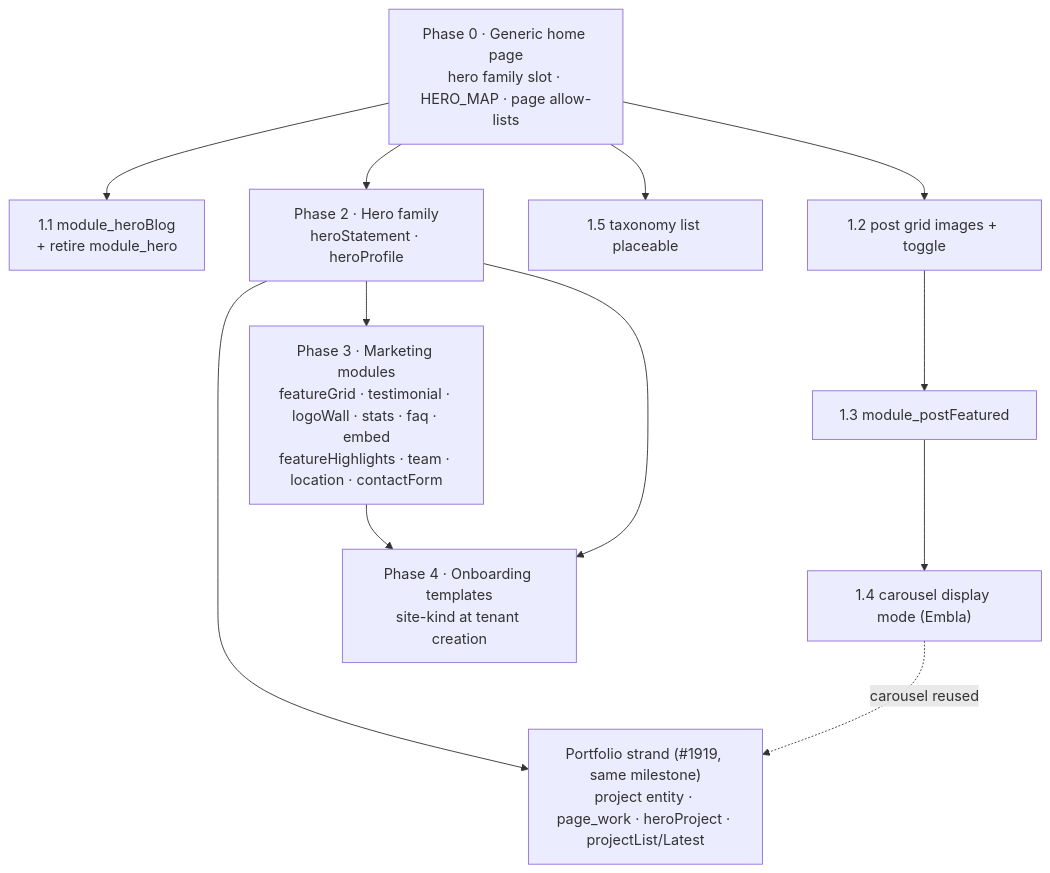
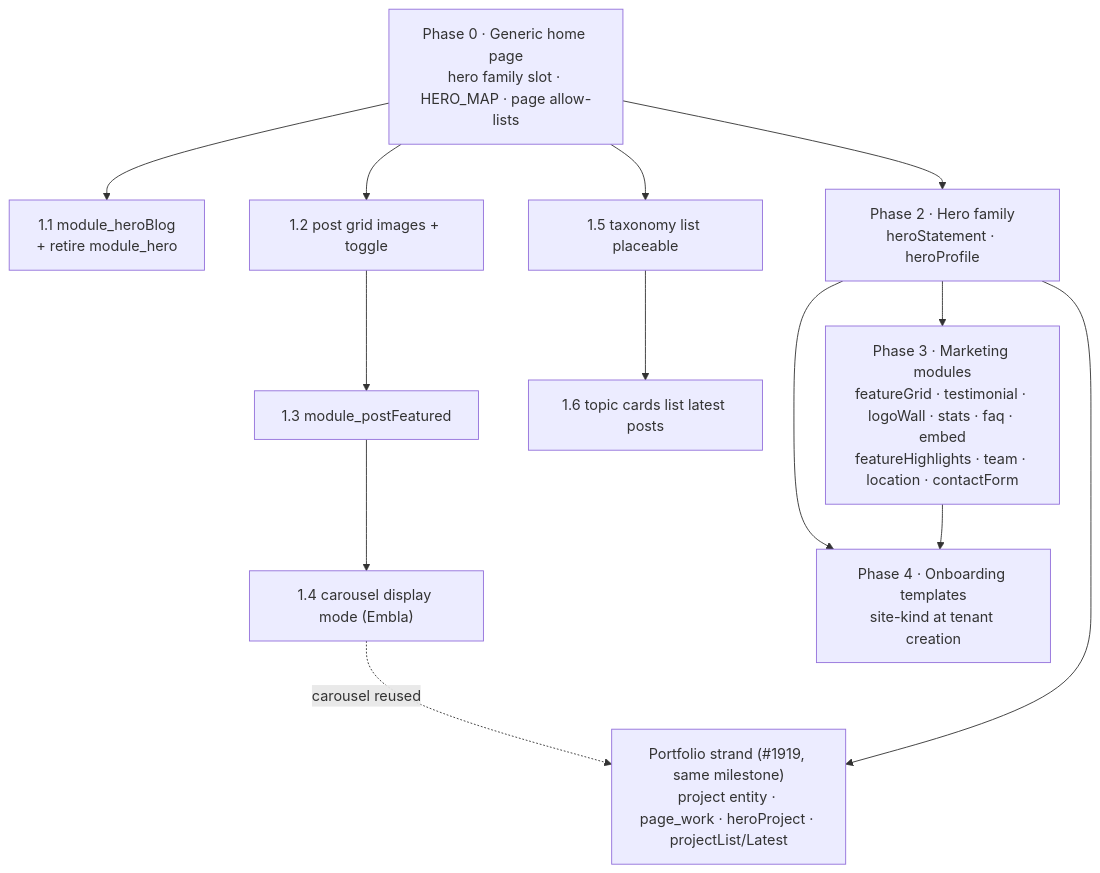
The third of 3 diagrams in docs/BACKLOG.md (ValOvinnikov/blog), drawn with Mermaid before and after one commit. The commit also changed other lines of this file and 1 other file, not shown here.

First line of the commit message:
docs(m9): split latest-post titles on topic cards into Phase 1.6 (#2891)

````diff
--- a/docs/BACKLOG.md
+++ b/docs/BACKLOG.md
@@ -783,20 +783,22 @@
 ```mermaid
 flowchart TD
   P0["Phase 0 · Generic home page<br/>hero family slot · HERO_MAP · page allow-lists"]
   P1a["1.1 module_heroBlog<br/>+ retire module_hero"]
   P1b["1.2 post grid images + toggle"]
   P1c["1.3 module_postFeatured"]
   P1d["1.4 carousel display mode (Embla)"]
   P1e["1.5 taxonomy list placeable"]
+  P1f["1.6 topic cards list latest posts"]
   P2["Phase 2 · Hero family<br/>heroStatement · heroProfile"]
   P3["Phase 3 · Marketing modules<br/>featureGrid · testimonial · logoWall · stats · faq · embed<br/>featureHighlights · team · location · contactForm"]
   P4["Phase 4 · Onboarding templates<br/>site-kind at tenant creation"]
   M9["Portfolio strand (#1919, same milestone)<br/>project entity · page_work · heroProject · projectList/Latest"]
   P0 --> P1a & P1b & P1e
   P1b --> P1c --> P1d
+  P1e --> P1f
   P0 --> P2 --> P3
   P2 --> M9
   P1d -.->|carousel reused| M9
   P3 --> P4
   P2 --> P4
 ```
````
